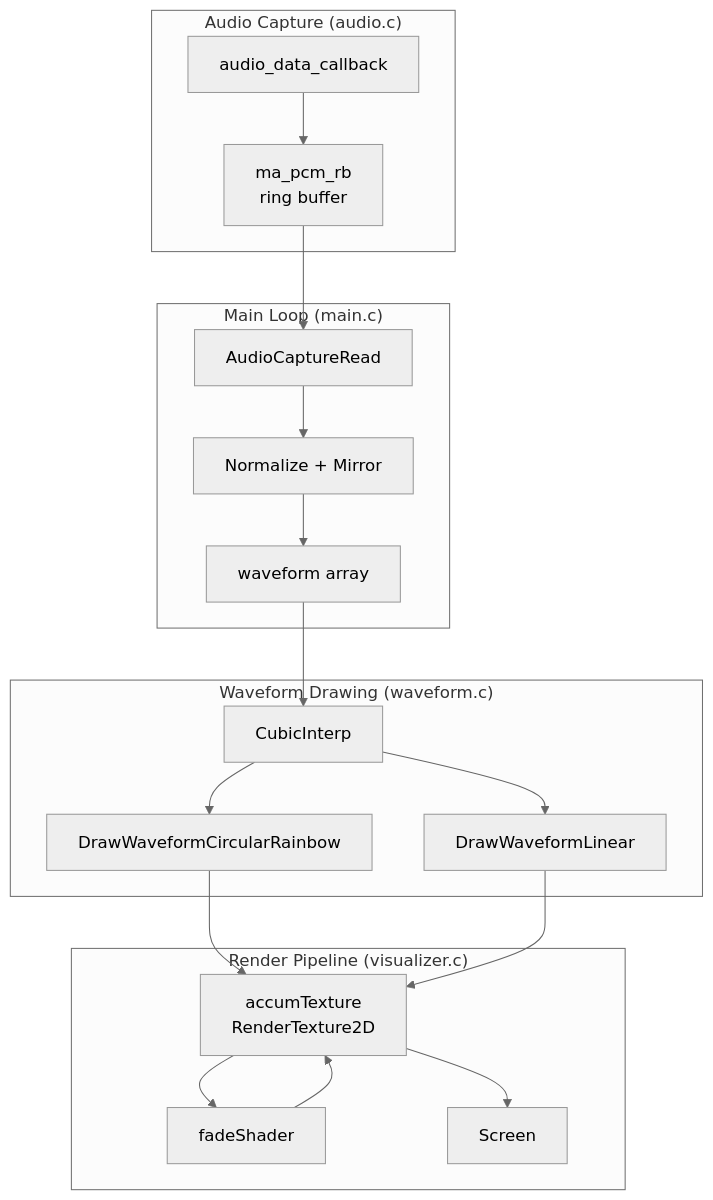
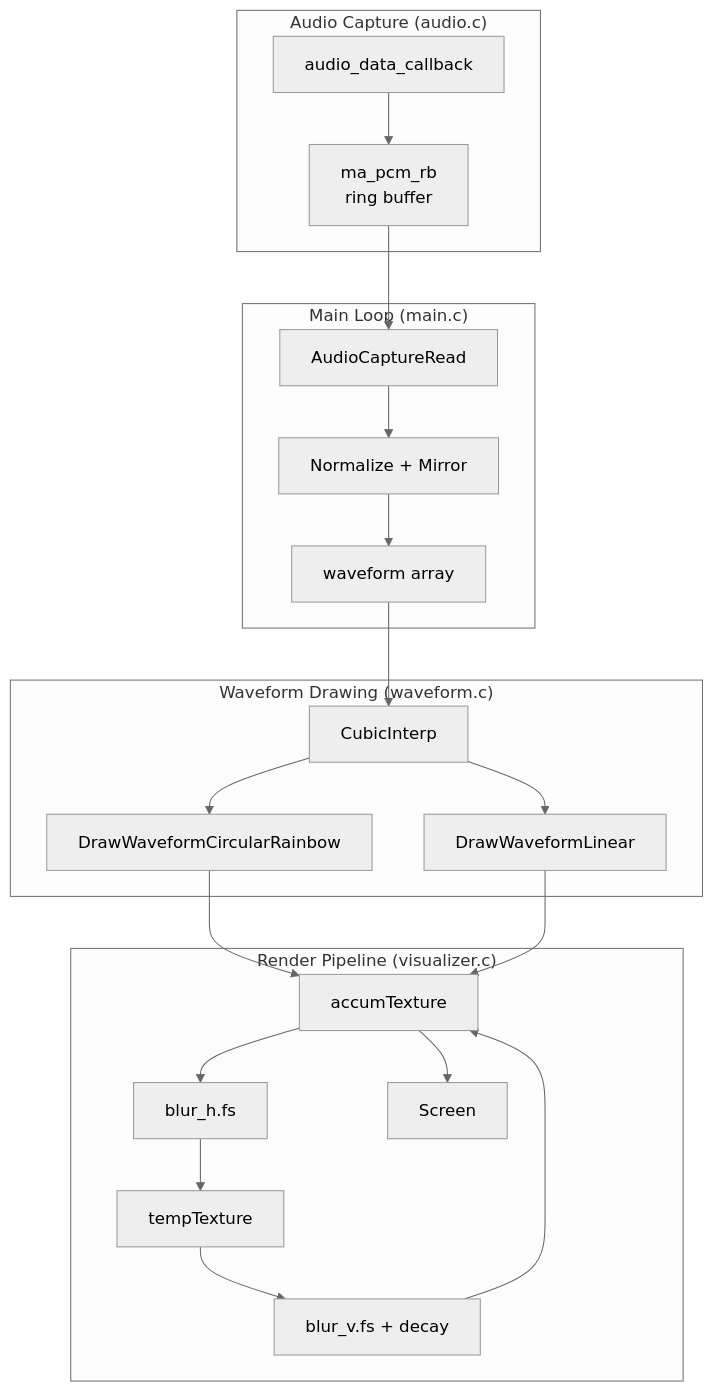
One commit to EvanLavender13/audio-jones changed the diagram in docs/arch/architecture.md. Above: the diagram before and after it, drawn with Mermaid (neutral theme). The commit also changed other lines of this file and 5 other files, not shown here.

````diff
--- a/docs/arch/architecture.md
+++ b/docs/arch/architecture.md
@@ -11,27 +11,29 @@
 ```mermaid
 flowchart TD
     subgraph Audio["Audio Capture (audio.c)"]
         CB[audio_data_callback] --> RB[ma_pcm_rb<br/>ring buffer]
     end
 
     subgraph Main["Main Loop (main.c)"]
         RD[AudioCaptureRead] --> NRM[Normalize + Mirror]
         NRM --> WF[waveform array]
     end
 
     subgraph Waveform["Waveform Drawing (waveform.c)"]
         WF --> CI[CubicInterp]
         CI --> DWC[DrawWaveformCircularRainbow]
         CI --> DWL[DrawWaveformLinear]
     end
 
     subgraph Visualizer["Render Pipeline (visualizer.c)"]
-        DWC --> AT[accumTexture<br/>RenderTexture2D]
+        AT[accumTexture] --> BH[blur_h.fs]
+        BH --> TT[tempTexture]
+        TT --> BV[blur_v.fs + decay]
+        BV --> AT
+        DWC --> AT
         DWL --> AT
-        AT --> FS[fadeShader]
-        FS --> AT
         AT --> SC[Screen]
     end
 
     RB --> RD
 ```
````
